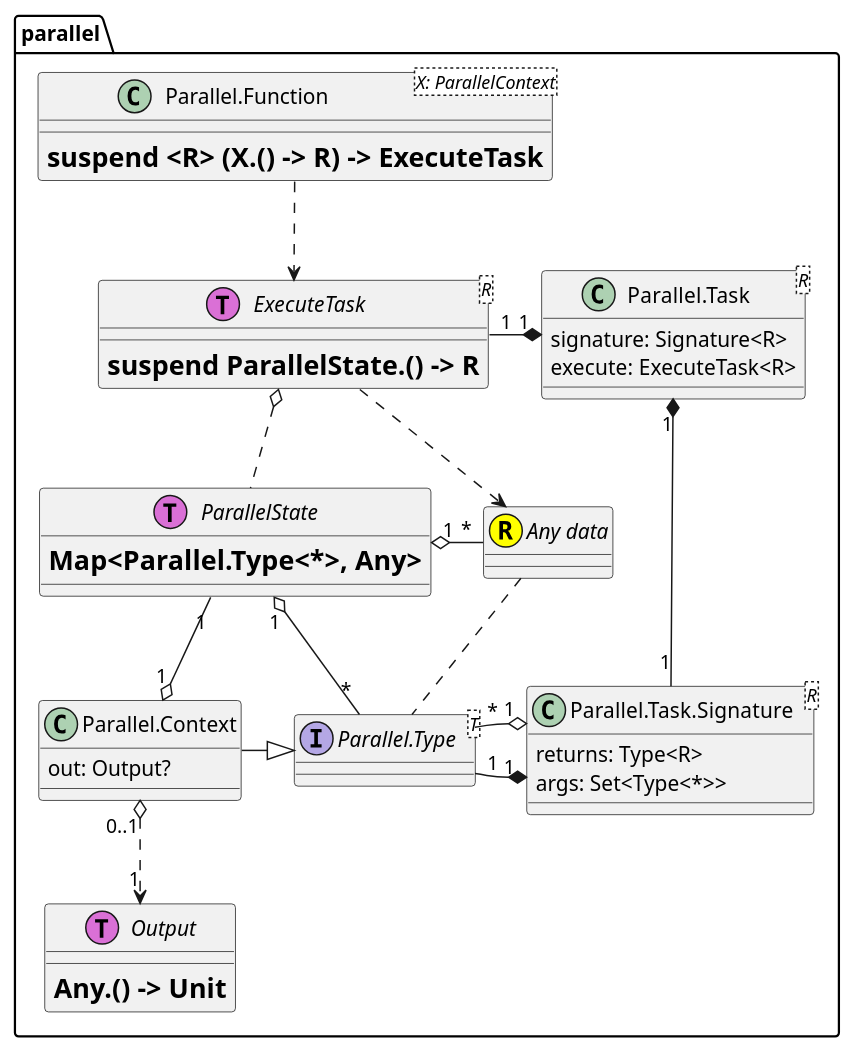
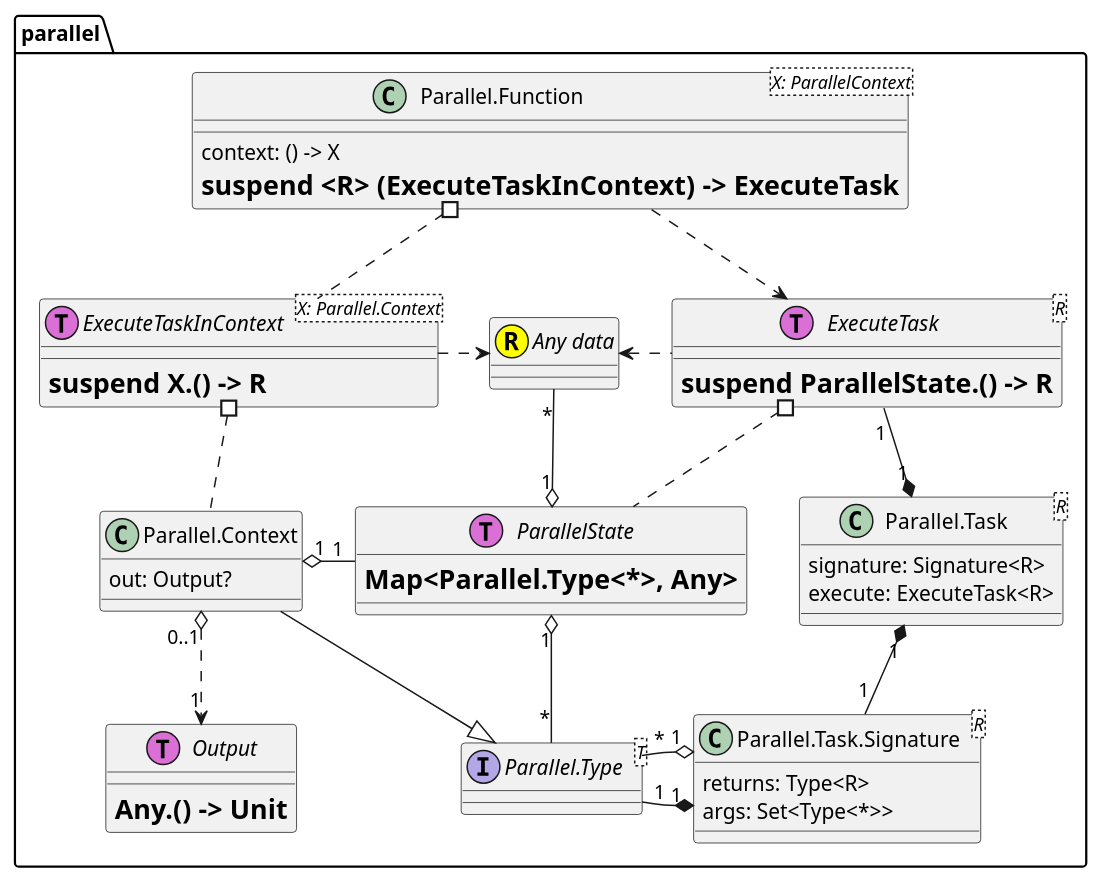
Before and after one commit to Flank/flank: the diagram in docs/hld/parallel-execution-api-structures.puml, drawn with PlantUML.

```diff
--- a/docs/hld/parallel-execution-api-structures.puml
+++ b/docs/hld/parallel-execution-api-structures.puml
@@ -1,56 +1,56 @@
 @startuml
-
-
 package "parallel" {
-
 class "Parallel.Context" as Context {
 out: Output?
 }
 class "Parallel.Task" as Task<R> {
 signature: Signature<R>
 execute: ExecuteTask<R>
 }
 class "Parallel.Task.Signature" as Signature<R>{
 returns: Type<R>
 args: Set<Type<*>>
 }
 class "Parallel.Function" as Function<X: ParallelContext> {
-= suspend <R> (X.() -> R) -> ExecuteTask
+context: () -> X
+= suspend <R> (ExecuteTaskInContext) -> ExecuteTask
 }
 interface "Any data" as Data << (R, yellow) >>
 interface ExecuteTask<R> << (T, orchid) >> {
 = suspend ParallelState.() -> R
+}
+interface ExecuteTaskInContext<X: Parallel.Context> << (T, orchid) >> {
+= suspend X.() -> R
 }
 interface "Parallel.Type" as Type <T>
 interface ParallelState << (T, orchid) >> {
 = Map<Parallel.Type<*>, Any>
 }
 interface Output << (T, orchid) >> {
 = Any.() -> Unit
 }
 
+Function ..> ExecuteTask
+Function #.. ExecuteTaskInContext
 
-Function ..> ExecuteTask
+ExecuteTaskInContext #.. Context
+ExecuteTaskInContext .> Data
 
-ParallelState "1" --o "1" Context
+Data <. ExecuteTask
+Data "*" --o "1" ParallelState
+
+ExecuteTask "1" -* "1" Task
+ExecuteTask #.. ParallelState
+
+Context --|> Type
+Context "0..1" o..> "1" Output
+
+ParallelState "1" -o "1" Context
 ParallelState "1" o- "*" Type
 
-ExecuteTask "1" -* "1" Task
-ExecuteTask o.. ParallelState
-ExecuteTask ..> Data
-
-'Data "*" -o "1" ParallelState
-'Data "*" -o "1" ParallelState
-ParallelState "1" o- "*" Data
-Data .. Type
-
-
-Task "1" *--- "1" Signature
+Task "1" *-- "1" Signature
 
 Type "1" -* "1" Signature
 Type "*" -o "1" Signature
-Context -|> Type
-
-Context "0..1" o..> "1" Output
 
 @enduml
```
